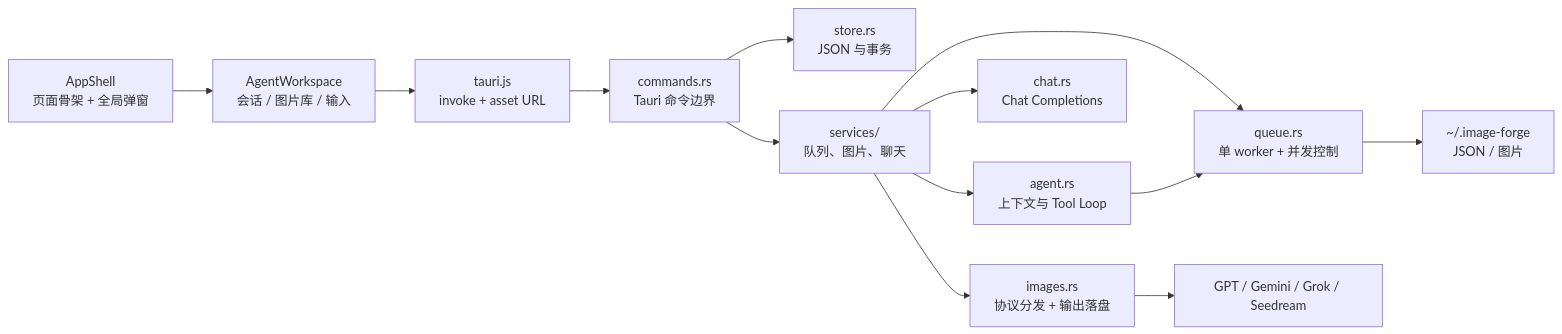
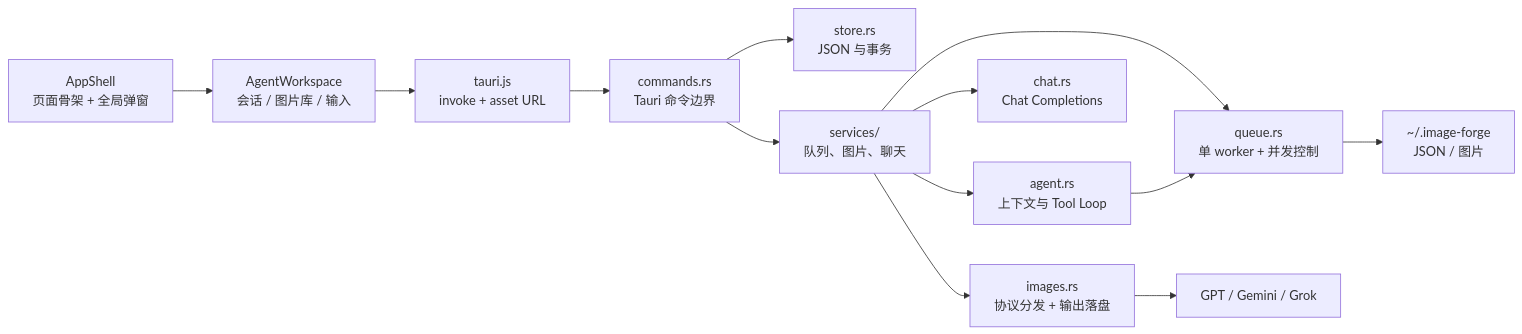
Before and after one commit to Tairraos/image-forge: the first of 3 diagrams in docs/technical-design.md, drawn with Mermaid. The commit also changed other lines of this file and 16 other files, not shown here.

````diff
--- a/docs/technical-design.md
+++ b/docs/technical-design.md
@@ -22,15 +22,15 @@
 ```mermaid
 flowchart LR
   Shell["AppShell\n页面骨架 + 全局弹窗"] --> AgentUI["AgentWorkspace\n会话 / 图片库 / 输入"]
   AgentUI --> Bridge["tauri.js\ninvoke + asset URL"]
   Bridge --> Commands["commands.rs\nTauri 命令边界"]
   Commands --> Store["store.rs\nJSON 与事务"]
   Commands --> Services["services/\n队列、图片、聊天"]
   Services --> Queue["queue.rs\n单 worker + 并发控制"]
   Services --> Images["images.rs\n协议分发 + 输出落盘"]
   Services --> Chat["chat.rs\nChat Completions"]
   Services --> Agent["agent.rs\n上下文与 Tool Loop"]
-  Images --> Providers["GPT / Gemini / Grok / Seedream"]
+  Images --> Providers["GPT / Gemini / Grok"]
   Queue --> Data["~/.image-forge\nJSON / 图片"]
   Agent --> Queue
 ```
````
